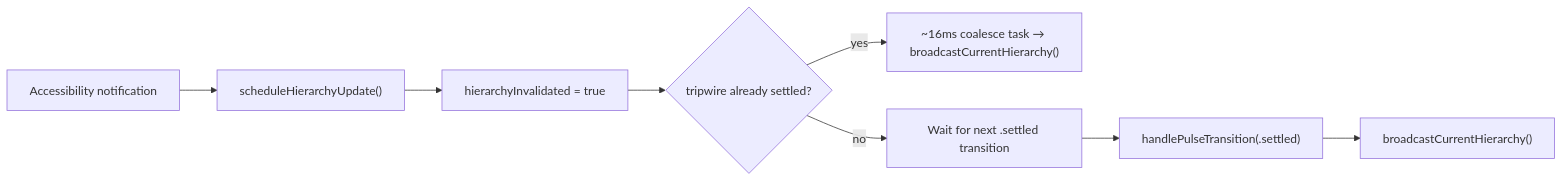
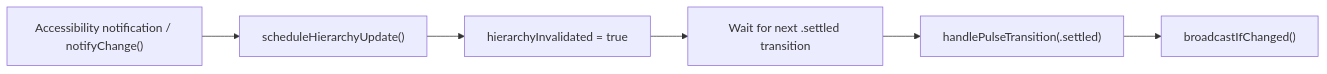
One commit to RoyalPineapple/TheButtonHeist changed the fourth of 5 diagrams in docs/dossiers/07-THEINSIDEJOB.md. Above: the diagram before and after it, drawn with Mermaid. The commit also changed other lines of this file and 61 other files, not shown here.

````diff
--- a/docs/dossiers/07-THEINSIDEJOB.md
+++ b/docs/dossiers/07-THEINSIDEJOB.md
@@ -160,10 +162,8 @@
 ```mermaid
 flowchart LR
-    AX["Accessibility notification"] --> Schedule["scheduleHierarchyUpdate()"]
+    AX["Accessibility notification / notifyChange()"] --> Schedule["scheduleHierarchyUpdate()"]
     Schedule --> SetFlag["hierarchyInvalidated = true"]
-    SetFlag --> Check{"tripwire already settled?"}
-    Check -->|yes| Coalesce["~16ms coalesce task → broadcastCurrentHierarchy()"]
-    Check -->|no| Wait["Wait for next .settled transition"]
+    SetFlag --> Wait["Wait for next .settled transition"]
     Wait --> Pulse["handlePulseTransition(.settled)"]
-    Pulse --> Broadcast["broadcastCurrentHierarchy()"]
+    Pulse --> Broadcast["broadcastIfChanged()"]
 ```
````
